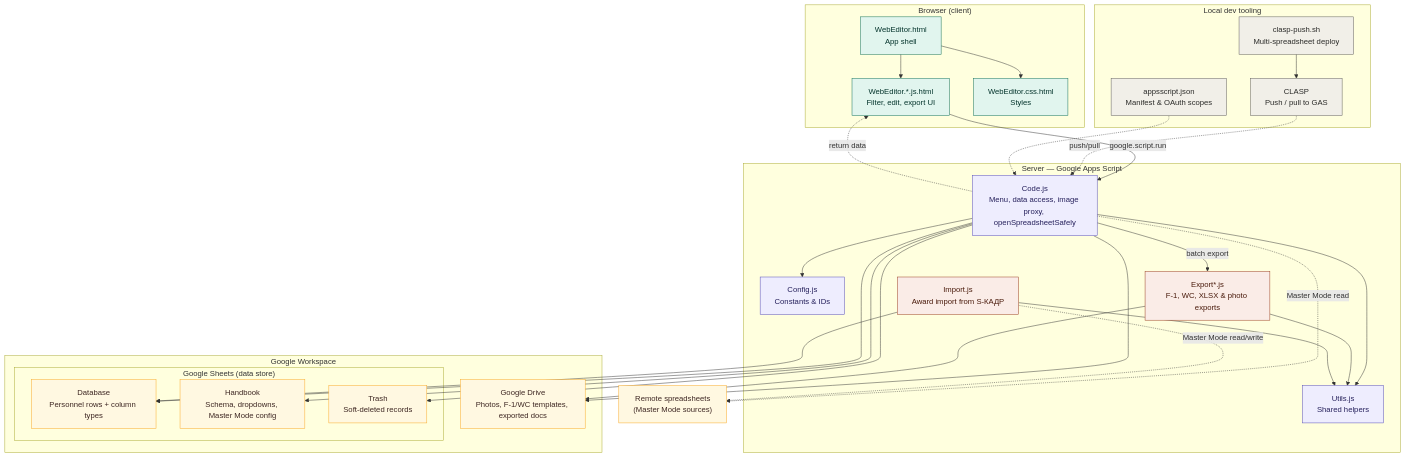
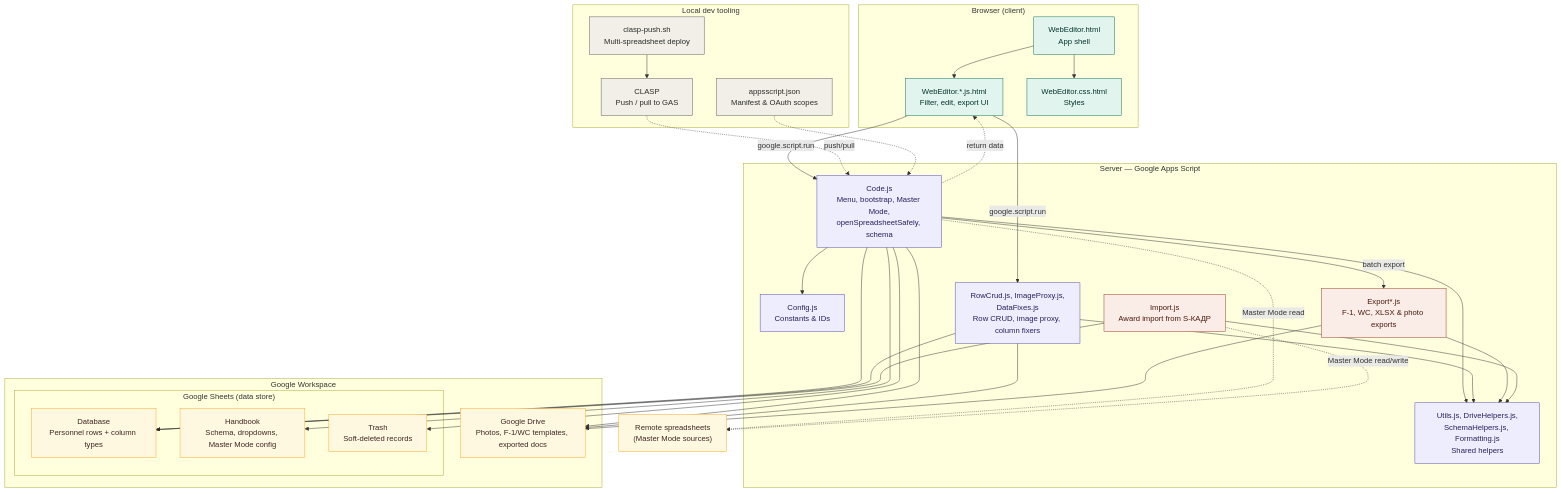
Before and after one commit to oleksiisedun/personnel-database: the diagram in README.md, drawn with Mermaid. The commit also changed other lines of this file and 4 other files, not shown here.

First line of the commit message:
Update docs for the Code.js/Utils.js file split

````diff
--- a/README.md
+++ b/README.md
@@ -11,67 +11,72 @@
 ```mermaid
 flowchart TD
     subgraph client["Browser (client)"]
         html["WebEditor.html<br/>App shell"]
         js["WebEditor.*.js.html<br/>Filter, edit, export UI"]
         css["WebEditor.css.html<br/>Styles"]
         html --> js
         html --> css
     end
 
     subgraph server["Server — Google Apps Script"]
         config["Config.js<br/>Constants & IDs"]
-        code["Code.js<br/>Menu, data access, image proxy, openSpreadsheetSafely"]
-        utils["Utils.js<br/>Shared helpers"]
+        code["Code.js<br/>Menu, bootstrap, Master Mode,<br/>openSpreadsheetSafely, schema"]
+        codeHelpers["RowCrud.js, ImageProxy.js,<br/>DataFixes.js<br/>Row CRUD, image proxy, column fixers"]
+        utils["Utils.js, DriveHelpers.js,<br/>SchemaHelpers.js, Formatting.js<br/>Shared helpers"]
         export["Export*.js<br/>F-1, WC, XLSX & photo exports"]
         import_["Import.js<br/>Award import from S-КАДР"]
     end
 
     subgraph workspace["Google Workspace"]
         subgraph sheets["Google Sheets (data store)"]
             database["Database<br/>Personnel rows + column types"]
             handbook["Handbook<br/>Schema, dropdowns, Master Mode config"]
             trash["Trash<br/>Soft-deleted records"]
         end
         drive["Google Drive<br/>Photos, F-1/WC templates, exported docs"]
     end
 
     remote["Remote spreadsheets<br/>(Master Mode sources)"]
 
     subgraph devtools["Local dev tooling"]
         clasp["CLASP<br/>Push / pull to GAS"]
         claspPush["clasp-push.sh<br/>Multi-spreadsheet deploy"]
         manifest["appsscript.json<br/>Manifest & OAuth scopes"]
     end
 
     js -- "google.script.run" --> code
+    js -- "google.script.run" --> codeHelpers
     code -. return data .-> js
     code --> config
     code --> database
     code --> handbook
     code --> trash
     code --> drive
     code -. "Master Mode read" .-> remote
     code -- "batch export" --> export
     code --> utils
+    codeHelpers --> utils
+    codeHelpers --> database
+    codeHelpers --> drive
     export --> utils
     import_ --> utils
     export --> drive
     import_ -. "Master Mode read/write" .-> remote
     import_ --> database
 
     clasp -.->|push/pull| code
     claspPush --> clasp
     manifest -.-> code
 
     classDef code   fill:#EEEDFE,stroke:#534AB7,color:#26215C
     classDef client fill:#E1F5EE,stroke:#0F6E56,color:#04342C
     classDef store  fill:#FFF8E1,stroke:#F9A825,color:#3E2723
     classDef export fill:#FAECE7,stroke:#993C1D,color:#4A1B0C
     classDef devtools fill:#F1EFE8,stroke:#5F5E5A,color:#2C2C2A
 
     class html,js,css client
-    class config,code,utils code
+    class config,code,codeHelpers,utils code
     class database,handbook,trash,drive,remote store
     class export,import_ export
     class clasp,claspPush,manifest devtools
 ```
````
